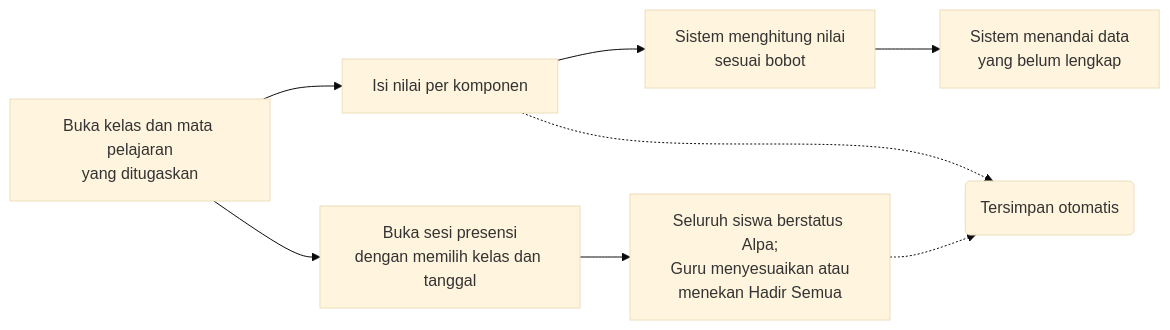
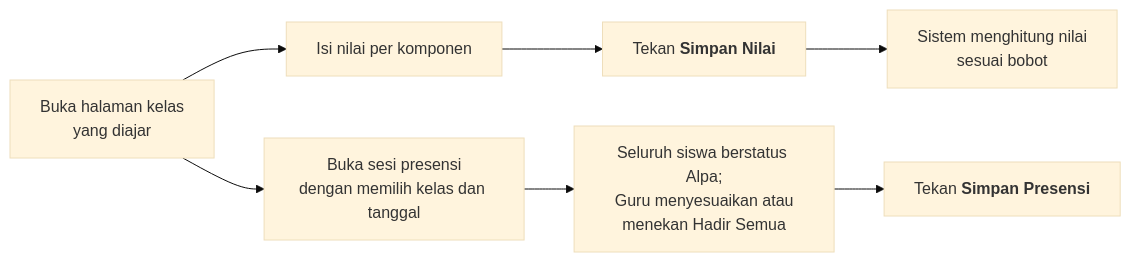
Before and after one commit to Korean-Asean-Digital-Academy-Batch-4/Docs: the second of 5 diagrams in PRD.md, drawn with Mermaid (base theme). The commit also changed other lines of this file and 3 other files, not shown here.

````diff
--- a/PRD.md
+++ b/PRD.md
@@ -222,14 +226,12 @@
 ```mermaid
 flowchart LR
-    A["Buka kelas dan mata pelajaran<br/>yang ditugaskan"]
+    A["Buka halaman kelas<br/>yang diajar"]
     B["Isi nilai per komponen"]
+    B2["Tekan <b>Simpan Nilai</b>"]
     S["Buka sesi presensi<br/>dengan memilih kelas dan tanggal"]
     T["Seluruh siswa berstatus Alpa;<br/>Guru menyesuaikan atau<br/>menekan Hadir Semua"]
-    C("Tersimpan otomatis")
+    T2["Tekan <b>Simpan Presensi</b>"]
     D["Sistem menghitung nilai<br/>sesuai bobot"]
-    E["Sistem menandai data<br/>yang belum lengkap"]
-    A --> B --> D --> E
-    A --> S --> T
-    B -.-> C
-    T -.-> C
+    A --> B --> B2 --> D
+    A --> S --> T --> T2
 ```
````
